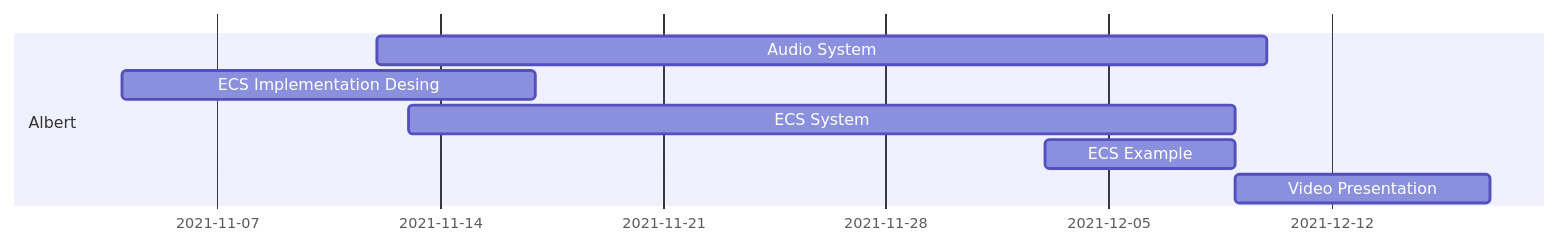
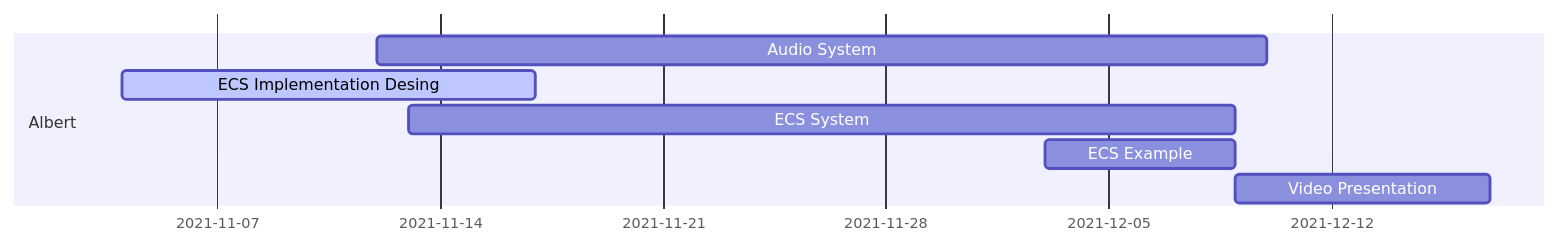
The third of 7 diagrams in docs/ProjectPlan.md (IlkkaTakala/Eril-Engine), drawn with Mermaid before and after one commit. The commit also changed other lines of this file and 2 other files, not shown here.

Commit message:
Updated timelines and added readme

````diff
--- a/docs/ProjectPlan.md
+++ b/docs/ProjectPlan.md
@@ -75,11 +75,11 @@
 ```mermaid
 gantt
 dateFormat  DD-MM
 
 section Albert
 Audio System            :         ades1, 12-11, 28d
-ECS Implementation Desing:        ades2, 04-11, 13d
+ECS Implementation Desing:active, ades2, 04-11, 13d
 ECS System              :         ades3, 13-11, 09-12
 ECS Example             :         ades4, 03-12, 09-12
 Video Presentation      :         ades5, 09-12, 17-12
 ```
````
